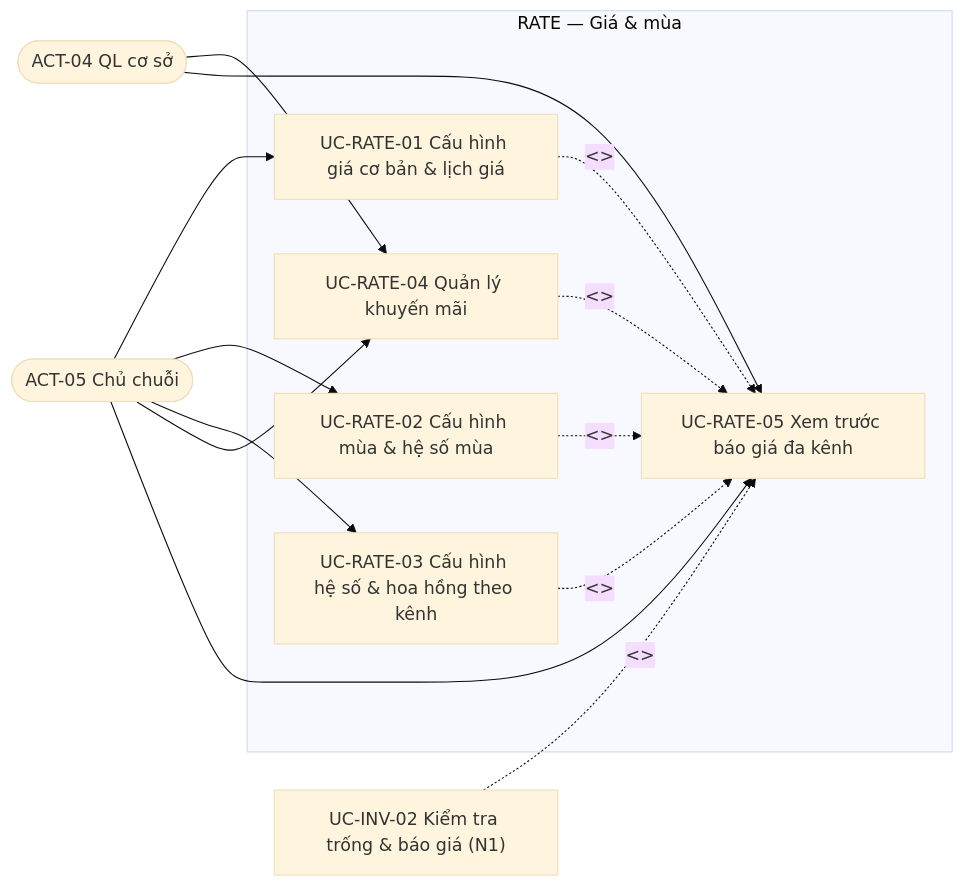
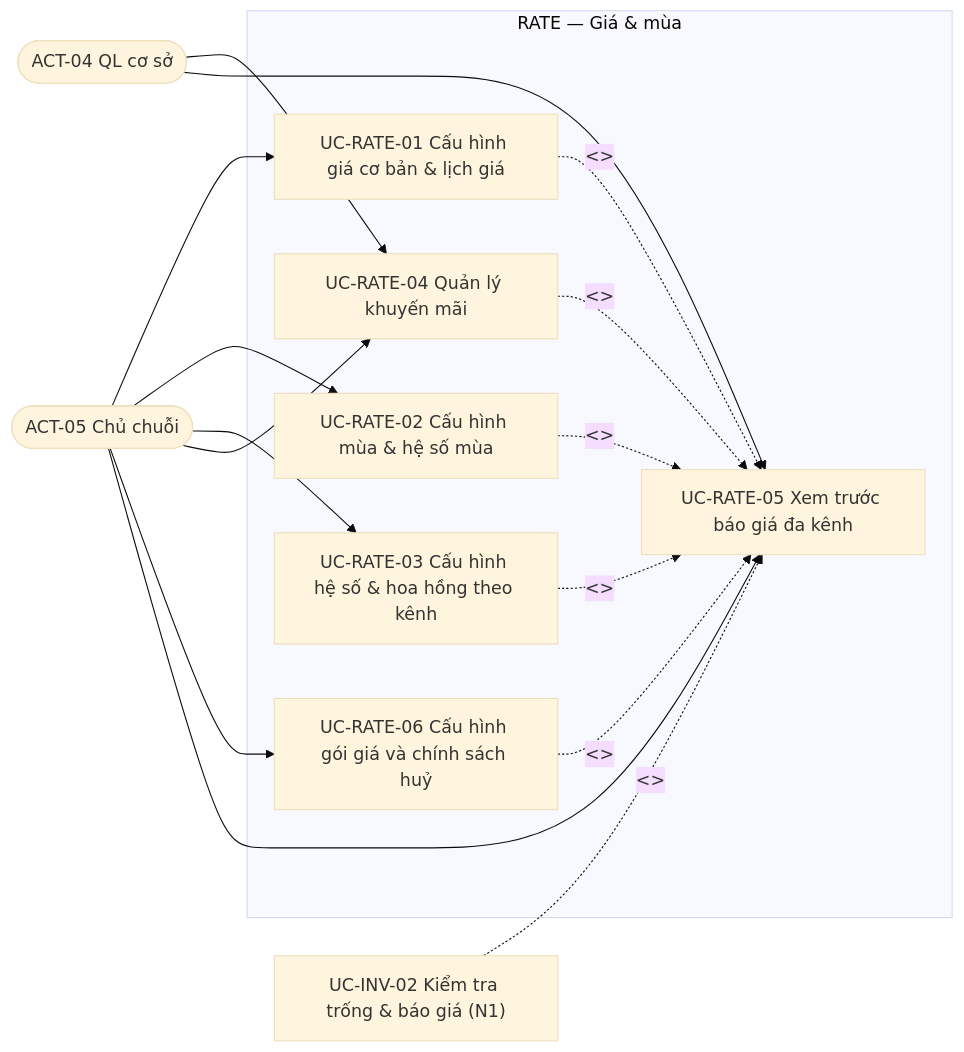
The second of 6 diagrams in docs/01-yeu-cau/mo-hinh-use-case.md (minhtuluc/HotelBuild), drawn with Mermaid (base theme) before and after one commit. The commit also changed other lines of this file and 45 other files, not shown here.

````diff
--- a/docs/01-yeu-cau/mo-hinh-use-case.md
+++ b/docs/01-yeu-cau/mo-hinh-use-case.md
@@ -85,12 +85,12 @@
 ```mermaid
 flowchart LR
   A4(["ACT-04 QL cơ sở"]); A5(["ACT-05 Chủ chuỗi"])
   subgraph GRATE["RATE — Giá & mùa"]
-    URA["UC-RATE-01 Cấu hình giá cơ bản & lịch giá"]; URB["UC-RATE-02 Cấu hình mùa & hệ số mùa"]; URC["UC-RATE-03 Cấu hình hệ số & hoa hồng theo kênh"]; URD["UC-RATE-04 Quản lý khuyến mãi"]; URE["UC-RATE-05 Xem trước báo giá đa kênh"]
+    URA["UC-RATE-01 Cấu hình giá cơ bản & lịch giá"]; URB["UC-RATE-02 Cấu hình mùa & hệ số mùa"]; URC["UC-RATE-03 Cấu hình hệ số & hoa hồng theo kênh"]; URD["UC-RATE-04 Quản lý khuyến mãi"]; URE["UC-RATE-05 Xem trước báo giá đa kênh"]; URF["UC-RATE-06 Cấu hình gói giá và chính sách huỷ"]
   end
-  A5 --> URA & URB & URC & URD
+  A5 --> URA & URB & URC & URD & URF
   A4 --> URD
   A4 & A5 --> URE
-  URA & URB & URC & URD -.->|"<<include>>"| URE
+  URA & URB & URC & URD & URF -.->|"<<include>>"| URE
   UIB2["UC-INV-02 Kiểm tra trống & báo giá (N1)"] -.->|"<<include>>"| URE
 ```
````
